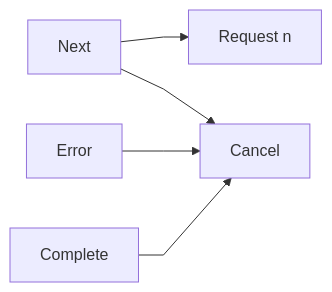
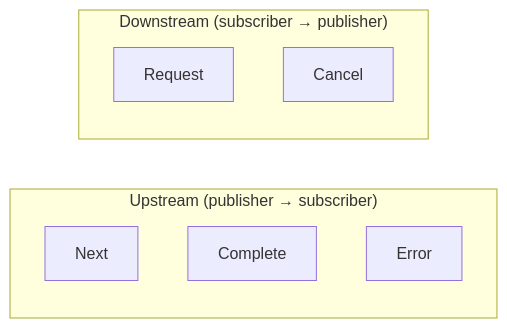
Before and after one commit to OyabunAB/aelv: the second of 3 diagrams in README.md, drawn with Mermaid. The commit also changed other lines of this file and 4 other files, not shown here.

Commit message:
fix: defer KDoc for One/Maybe/None, Signals diagram corrected, SinkTests removed from OperatorsTest, ZIO benchmark removed

````diff
--- a/README.md
+++ b/README.md
@@ -42,8 +42,13 @@
 ```mermaid
 %%{init: {'flowchart': {'curve': 'linear'}}}%%
 flowchart LR
-    N[Next] --> R[Request n]
-    C[Complete] --> X[Cancel]
-    E[Error] --> X
-    N --> X
+    subgraph Upstream ["Upstream (publisher → subscriber)"]
+        N[Next]
+        C[Complete]
+        E[Error]
+    end
+    subgraph Downstream ["Downstream (subscriber → publisher)"]
+        R[Request]
+        X[Cancel]
+    end
 ```
````
